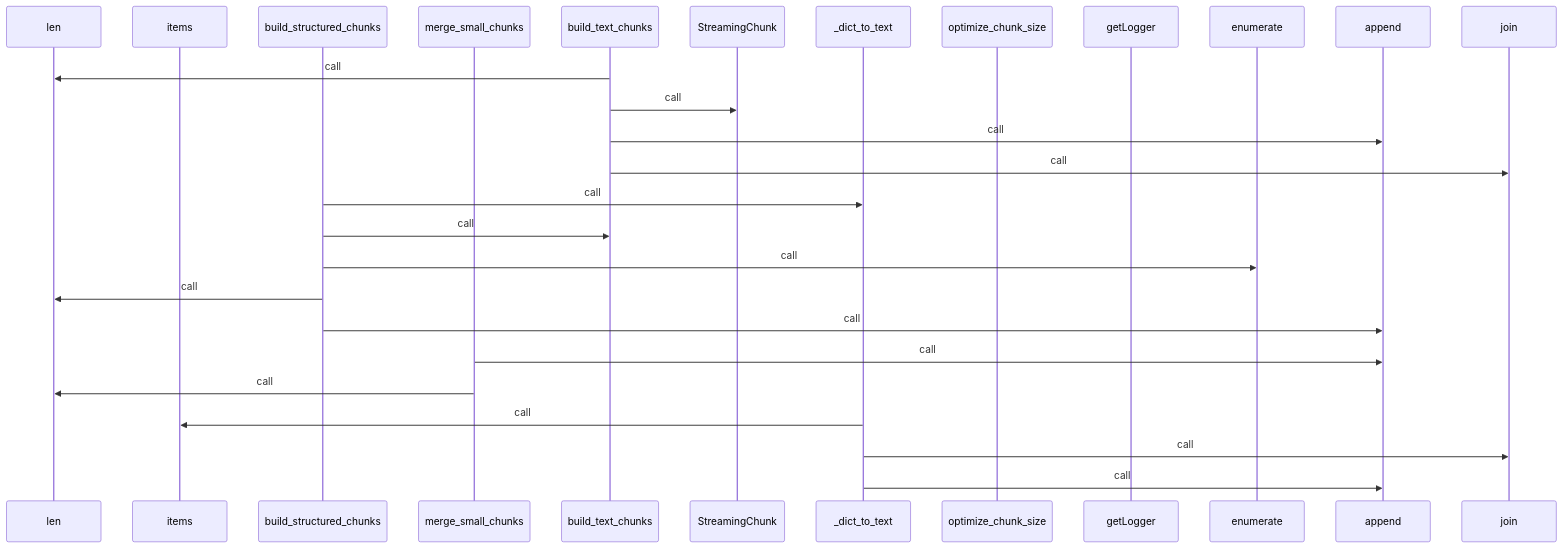
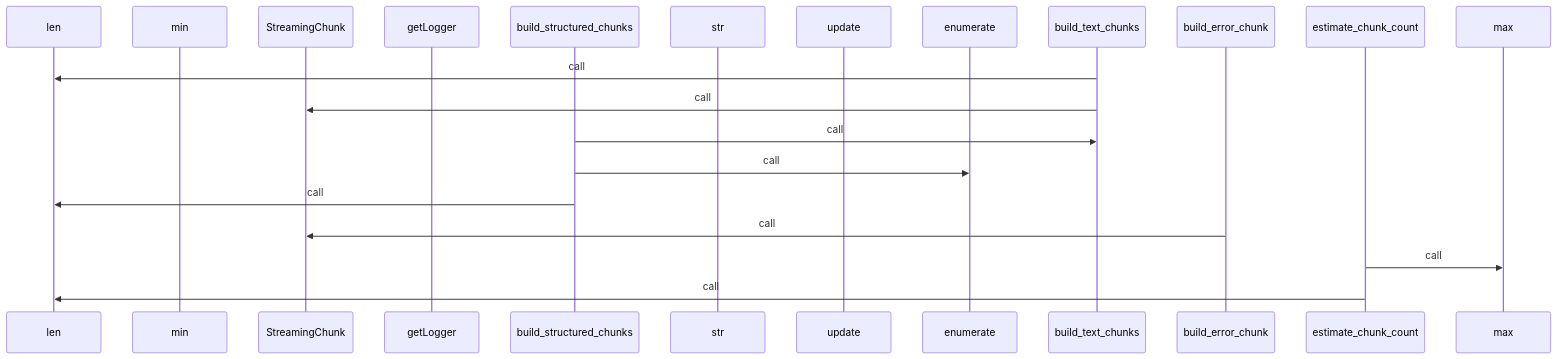
One commit to yeonjae-personal/codemuse-backend changed the third of 4 diagrams in generated_docs/rule_analyzer/streaming/utils/chunk_builder.md. Above: the diagram before and after it, drawn with Mermaid. The commit also changed other lines of this file and 3378 other files, not shown here.

````diff
--- a/generated_docs/rule_analyzer/streaming/utils/chunk_builder.md
+++ b/generated_docs/rule_analyzer/streaming/utils/chunk_builder.md
@@ -183,29 +183,23 @@
 ```mermaid
 sequenceDiagram
   participant len as len
-  participant items as items
+  participant min as min
+  participant StreamingChunk as StreamingChunk
+  participant getLogger as getLogger
   participant build_structured_chunks as build_structured_chunks
-  participant merge_small_chunks as merge_small_chunks
+  participant str as str
+  participant update as update
+  participant enumerate as enumerate
   participant build_text_chunks as build_text_chunks
-  participant StreamingChunk as StreamingChunk
-  participant _dict_to_text as _dict_to_text
-  participant optimize_chunk_size as optimize_chunk_size
-  participant getLogger as getLogger
-  participant enumerate as enumerate
-  participant append as append
-  participant join as join
+  participant build_error_chunk as build_error_chunk
+  participant estimate_chunk_count as estimate_chunk_count
+  participant max as max
   build_text_chunks->>len: call
   build_text_chunks->>StreamingChunk: call
-  build_text_chunks->>append: call
-  build_text_chunks->>join: call
-  build_structured_chunks->>_dict_to_text: call
   build_structured_chunks->>build_text_chunks: call
   build_structured_chunks->>enumerate: call
   build_structured_chunks->>len: call
-  build_structured_chunks->>append: call
-  merge_small_chunks->>append: call
-  merge_small_chunks->>len: call
-  _dict_to_text->>items: call
-  _dict_to_text->>join: call
-  _dict_to_text->>append: call
+  build_error_chunk->>StreamingChunk: call
+  estimate_chunk_count->>max: call
+  estimate_chunk_count->>len: call
 ```
````
